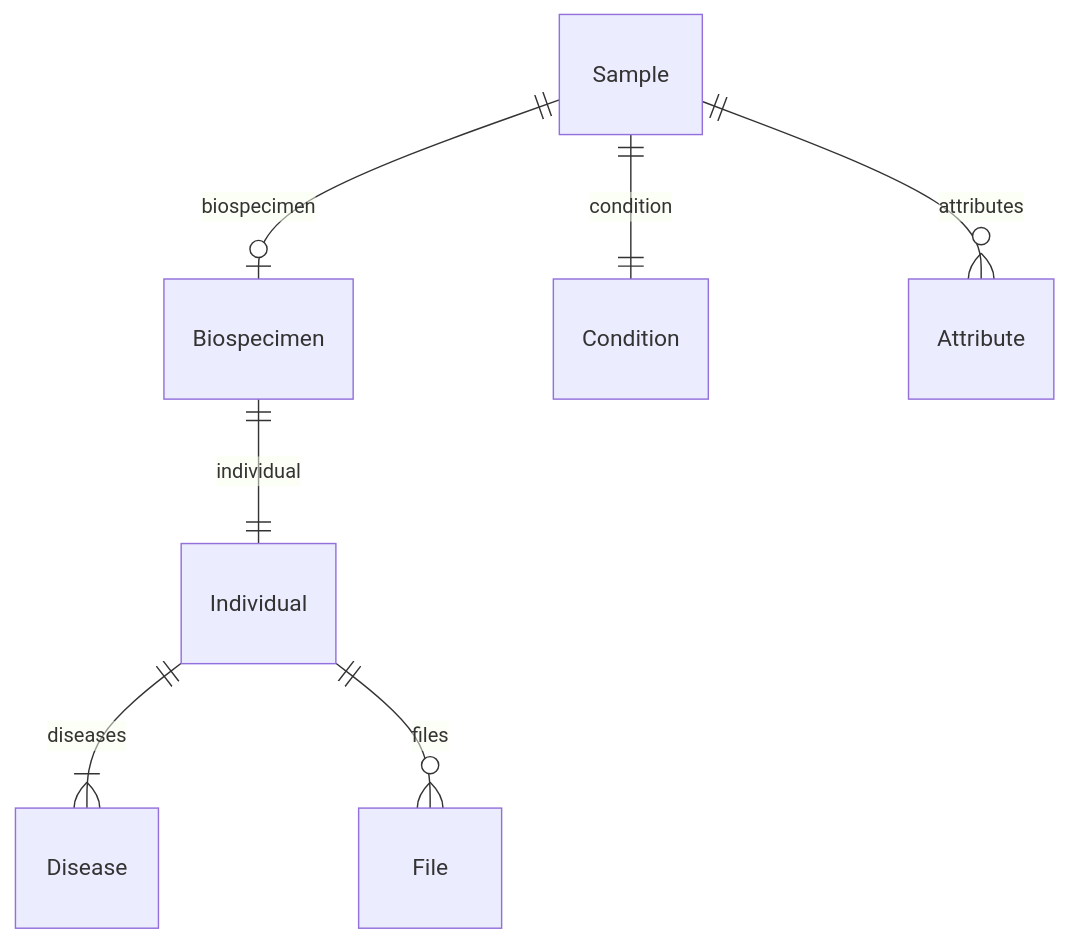
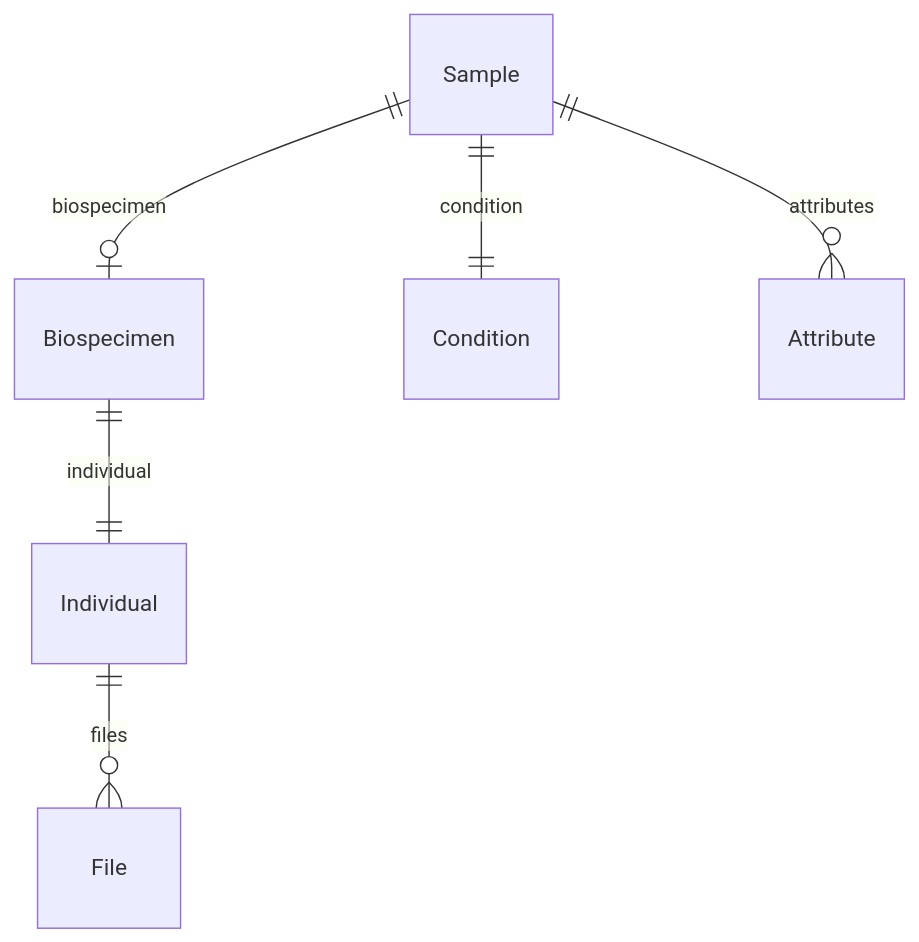
Before and after one commit to ghga-de/ghga-metadata-schema: the second of 7 diagrams in docs/entity_relations.md, drawn with Mermaid. The commit also changed other lines of this file and 160 other files, not shown here.

````diff
--- a/docs/entity_relations.md
+++ b/docs/entity_relations.md
@@ -154,20 +150,19 @@
 ```mermaid
 erDiagram
 Individual {
 
 }
 Biospecimen {
 
 }
 Sample {
 
 }
 
-Individual ||--}| Disease : "diseases"
 Individual ||--}o File : "files"
 Biospecimen ||--|| Individual : "individual"
 Sample ||--|o Biospecimen : "biospecimen"
 Sample ||--|| Condition : "condition"
 Sample ||--}o Attribute : "attributes"
 
 ```
````
